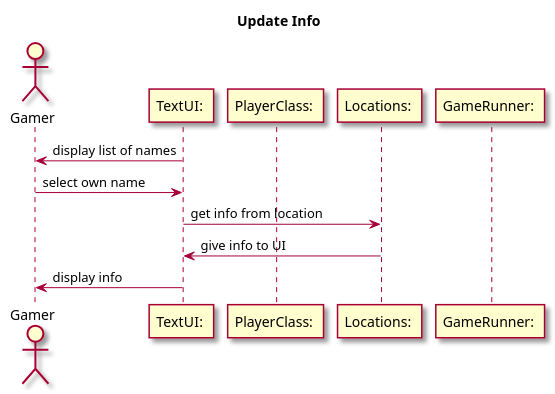
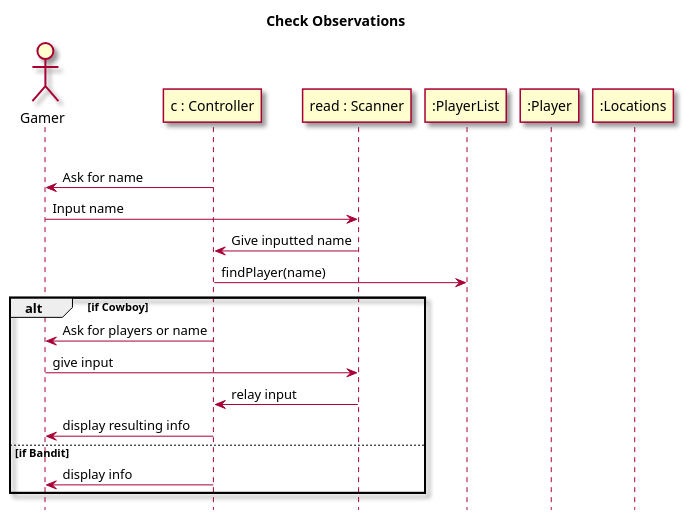
One commit to DeannaLC/AndroidProject changed the third of 4 diagrams in doc/design.md. Above: the diagram before and after it, drawn with PlantUML. The commit also changed other lines of this file and 2 other files, not shown here.

Commit message:
update: add sequence diagrams to design and merge it into desired diagrams; added iteration plan 2

````diff
--- a/doc/design.md
+++ b/doc/design.md
@@ -158,32 +82,28 @@
 ```plantuml
 @startuml
 
-
-
-
-title Update Info
-
-
-
-
+title Check Observations
+hide footbox
 skin rose
 
+actor Gamer as gamer
+participant "c : Controller" as control
+participant "read : Scanner" as UI
+participant ":PlayerList" as players
+participant ":Player" as player
+participant ":Locations" as loc
 
-
-
-actor Gamer as gamer
-participant "TextUI: " as UI
-participant "PlayerClass: " as player
-participant "Locations: " as loc
-participant "GameRunner: " as game
-
-
-
-
-UI -> gamer : display list of names
-gamer -> UI : select own name
-UI -> loc : get info from location
-loc -> UI : give info to UI
-UI -> gamer : display info
-@enduml
+loop More Players
+control -> gamer: Ask for name
+gamer -> UI: Input name
+UI -> control: Give inputted name
+control -> players: findPlayer(name)
+alt if Cowboy
+control -> gamer: Ask for players or name
+gamer -> UI: give input
+UI -> control: relay input
+control -> gamer: display resulting info
+else if Bandit
+control -> gamer: display info
+end
 ```
````
